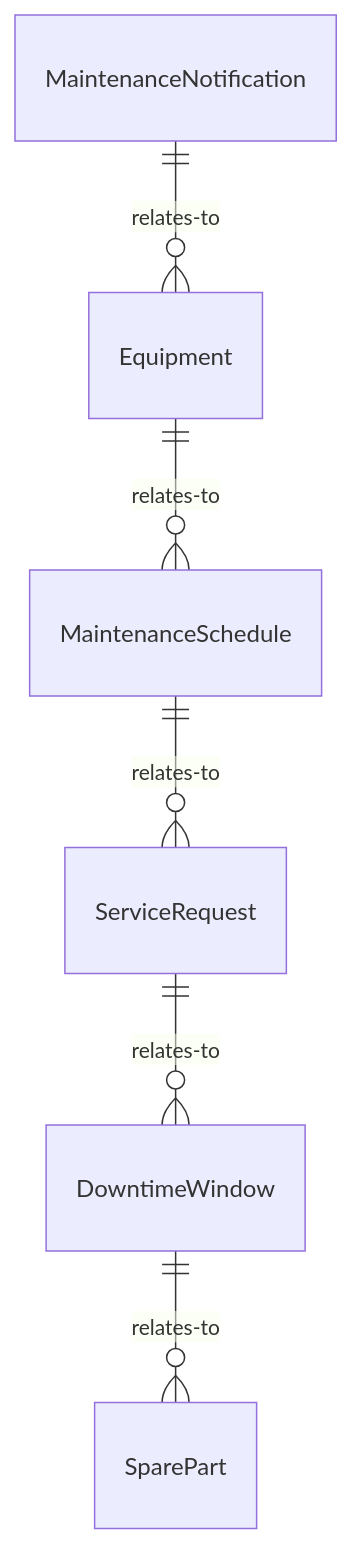
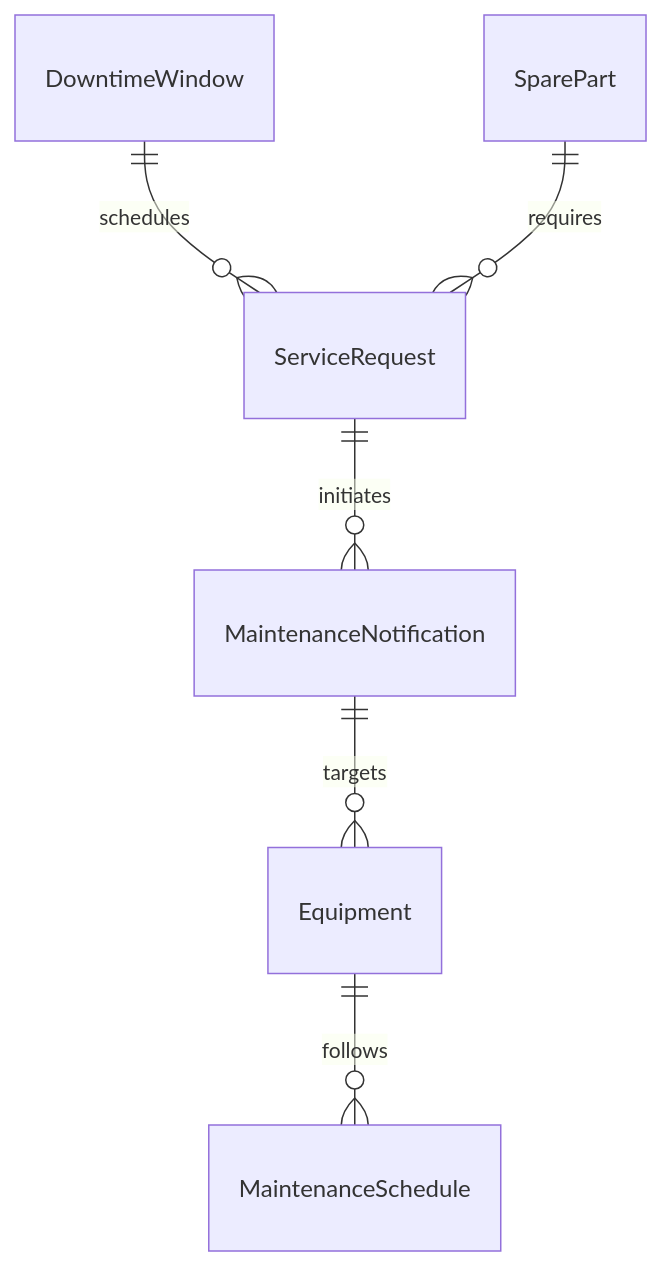
The first of 4 diagrams in CommunicatingWithSupervisorsPeersOrSubordinates/NotifyOthersOfEmergenciesOrProblems/NotifyOthersEquipmentRepairMaintenance.mdx (dot-org-ai/tasks.org.ai), drawn with Mermaid before and after one commit. The commit also changed other lines of this file and 515 other files, not shown here.

````diff
--- a/CommunicatingWithSupervisorsPeersOrSubordinates/NotifyOthersOfEmergenciesOrProblems/NotifyOthersEquipmentRepairMaintenance.mdx
+++ b/CommunicatingWithSupervisorsPeersOrSubordinates/NotifyOthersOfEmergenciesOrProblems/NotifyOthersEquipmentRepairMaintenance.mdx
@@ -84,8 +84,8 @@
 ```mermaid
 erDiagram
-    MaintenanceNotification ||--o{ Equipment : relates-to
-    Equipment ||--o{ MaintenanceSchedule : relates-to
-    MaintenanceSchedule ||--o{ ServiceRequest : relates-to
-    ServiceRequest ||--o{ DowntimeWindow : relates-to
-    DowntimeWindow ||--o{ SparePart : relates-to
+    MaintenanceNotification ||--o{ Equipment : targets
+    Equipment ||--o{ MaintenanceSchedule : follows
+    ServiceRequest ||--o{ MaintenanceNotification : initiates
+    DowntimeWindow ||--o{ ServiceRequest : schedules
+    SparePart ||--o{ ServiceRequest : requires
 ```
````
